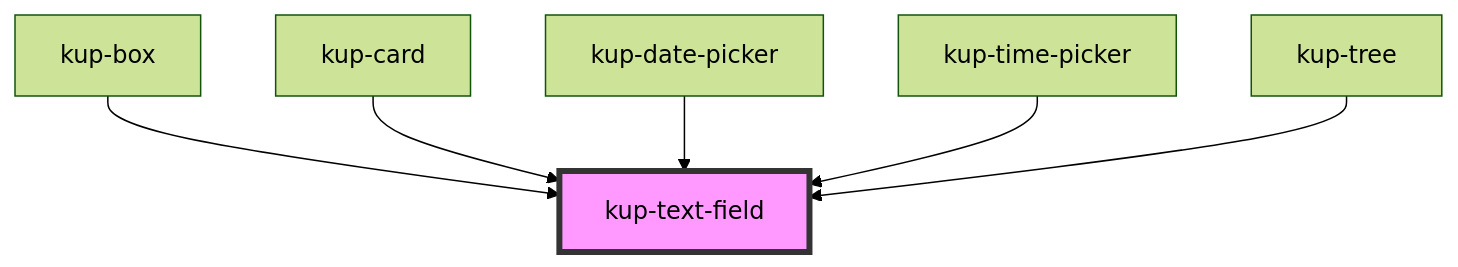
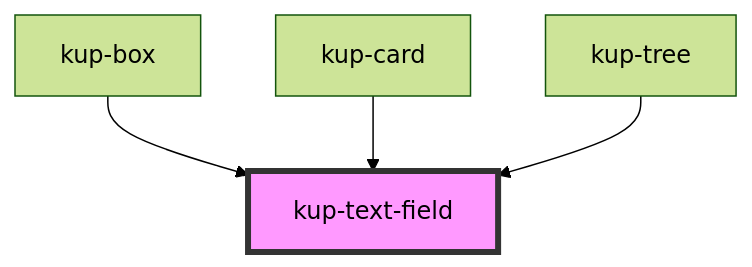
One commit to smeup/ketchup changed the diagram in packages/ketchup/src/components/kup-text-field/readme.md. Above: the diagram before and after it, drawn with Mermaid (forest theme). The commit also changed other lines of this file and 14 other files, not shown here.

Commit message:
kup-time-picker: removed dynamic position.

````diff
--- a/packages/ketchup/src/components/kup-text-field/readme.md
+++ b/packages/ketchup/src/components/kup-text-field/readme.md
@@ -135,9 +133,7 @@
 ```mermaid
 graph TD;
   kup-box --> kup-text-field
   kup-card --> kup-text-field
-  kup-date-picker --> kup-text-field
-  kup-time-picker --> kup-text-field
   kup-tree --> kup-text-field
   style kup-text-field fill:#f9f,stroke:#333,stroke-width:4px
 ```
````
